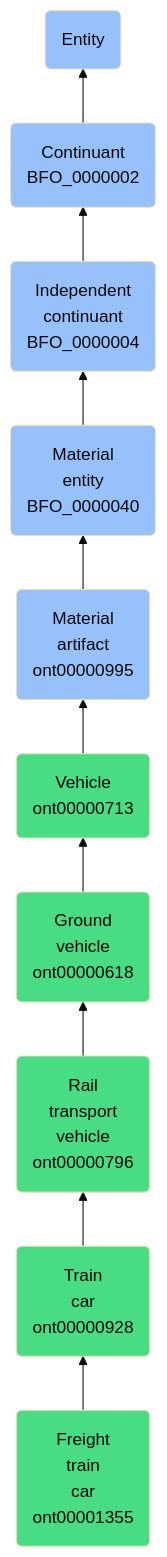
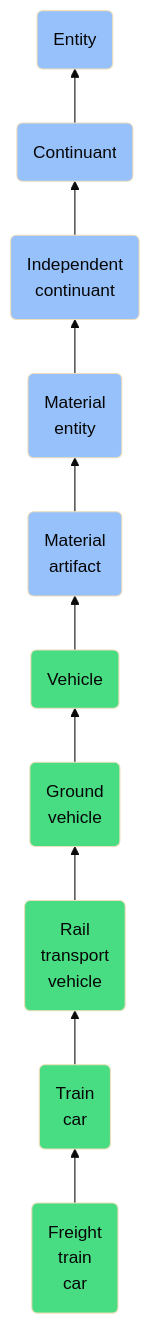
The diagram in docs/ontology/reference/model/Entity/Continuant/Independent continuant/Material entity/Material artifact/Vehicle/Ground vehicle/Rail transport vehicle/Train car/Freight train car/Freight train car.md (jupyter-naas/abi), drawn with Mermaid (base theme) before and after one commit. The commit also changed other lines of this file and 1430 other files, not shown here.

````diff
--- a/docs/ontology/reference/model/Entity/Continuant/Independent continuant/Material entity/Material artifact/Vehicle/Ground vehicle/Rail transport vehicle/Train car/Freight train car/Freight train car.md
+++ b/docs/ontology/reference/model/Entity/Continuant/Independent continuant/Material entity/Material artifact/Vehicle/Ground vehicle/Rail transport vehicle/Train car/Freight train car/Freight train car.md
@@ -24,17 +24,17 @@
 ```mermaid
 graph BT
-    ont00001355(Freight<br>train<br>car<br>ont00001355):::ABI-->ont00000928
-    ont00000928(Train<br>car<br>ont00000928):::ABI-->ont00000796
-    ont00000796(Rail<br>transport<br>vehicle<br>ont00000796):::ABI-->ont00000618
-    ont00000618(Ground<br>vehicle<br>ont00000618):::ABI-->ont00000713
-    ont00000713(Vehicle<br>ont00000713):::ABI-->ont00000995
-    ont00000995(Material<br>artifact<br>ont00000995):::BFO-->BFO_0000040
-    BFO_0000040(Material<br>entity<br>BFO_0000040):::BFO-->BFO_0000004
-    BFO_0000004(Independent<br>continuant<br>BFO_0000004):::BFO-->BFO_0000002
-    BFO_0000002(Continuant<br>BFO_0000002):::BFO-->BFO_0000001
+    ont00001355(Freight<br>train<br>car):::ABI-->ont00000928
+    ont00000928(Train<br>car):::ABI-->ont00000796
+    ont00000796(Rail<br>transport<br>vehicle):::ABI-->ont00000618
+    ont00000618(Ground<br>vehicle):::ABI-->ont00000713
+    ont00000713(Vehicle):::ABI-->ont00000995
+    ont00000995(Material<br>artifact):::BFO-->BFO_0000040
+    BFO_0000040(Material<br>entity):::BFO-->BFO_0000004
+    BFO_0000004(Independent<br>continuant):::BFO-->BFO_0000002
+    BFO_0000002(Continuant):::BFO-->BFO_0000001
     BFO_0000001(Entity):::BFO
     
     classDef BFO fill:#97c1fb,color:#060606
     classDef CCO fill:#e4c51e,color:#060606
     classDef ABI fill:#48DD82,color:#060606
 ```
````
